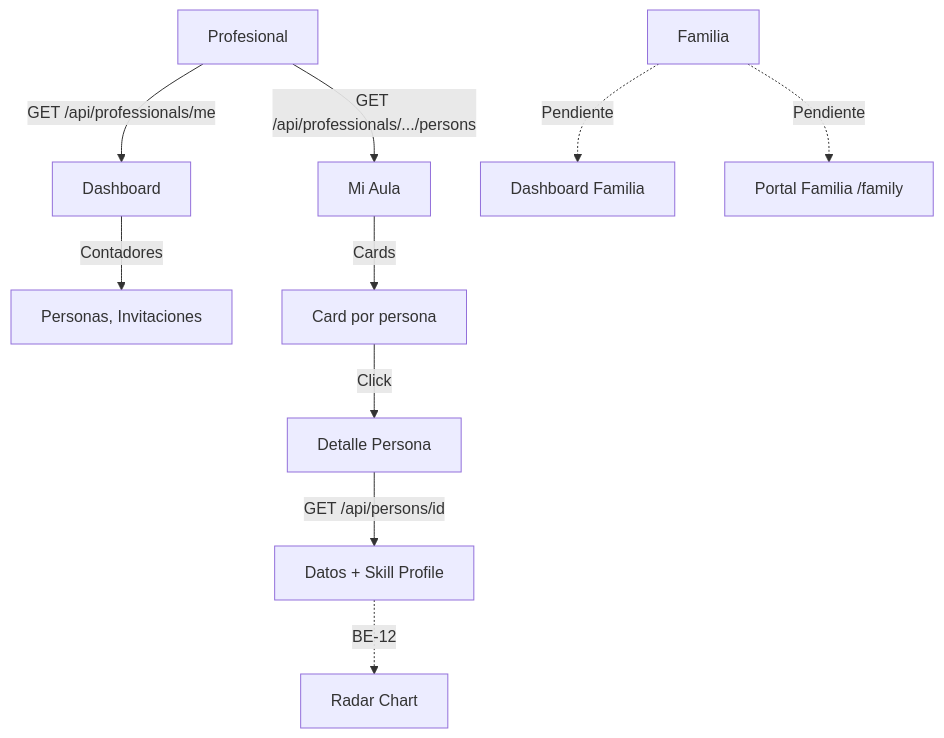
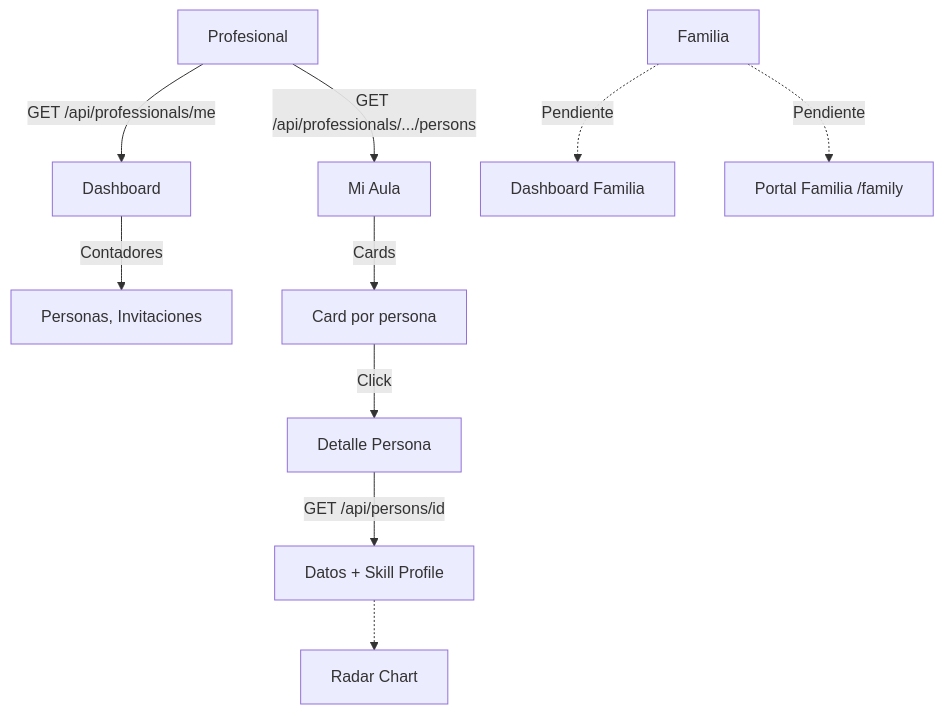
Before and after one commit to Sacha-html/InclusiON: the diagram in Process/14-seguimiento-avances.md, drawn with Mermaid. The commit also changed other lines of this file and 15 other files, not shown here.

````diff
--- a/Process/14-seguimiento-avances.md
+++ b/Process/14-seguimiento-avances.md
@@ -45,16 +45,16 @@
 ```mermaid
 flowchart TD
     PROF[Profesional] -->|GET /api/professionals/me| DASH[Dashboard]
     DASH -->|Contadores| STATS[Personas, Invitaciones]
 
     PROF -->|GET /api/professionals/.../persons| AULA[Mi Aula]
     AULA -->|Cards| CARDS[Card por persona]
     CARDS -->|Click| DET[Detalle Persona]
     DET -->|GET /api/persons/id| DATOS[Datos + Skill Profile]
 
-    DATOS -.->|BE-12| RADAR[Radar Chart]
+    DATOS -.-> RADAR[Radar Chart]
 
     FAM[Familia] -.->|Pendiente| DASH_F[Dashboard Familia]
     FAM -.->|Pendiente| PORTAL[Portal Familia /family]
 
 ```
````
